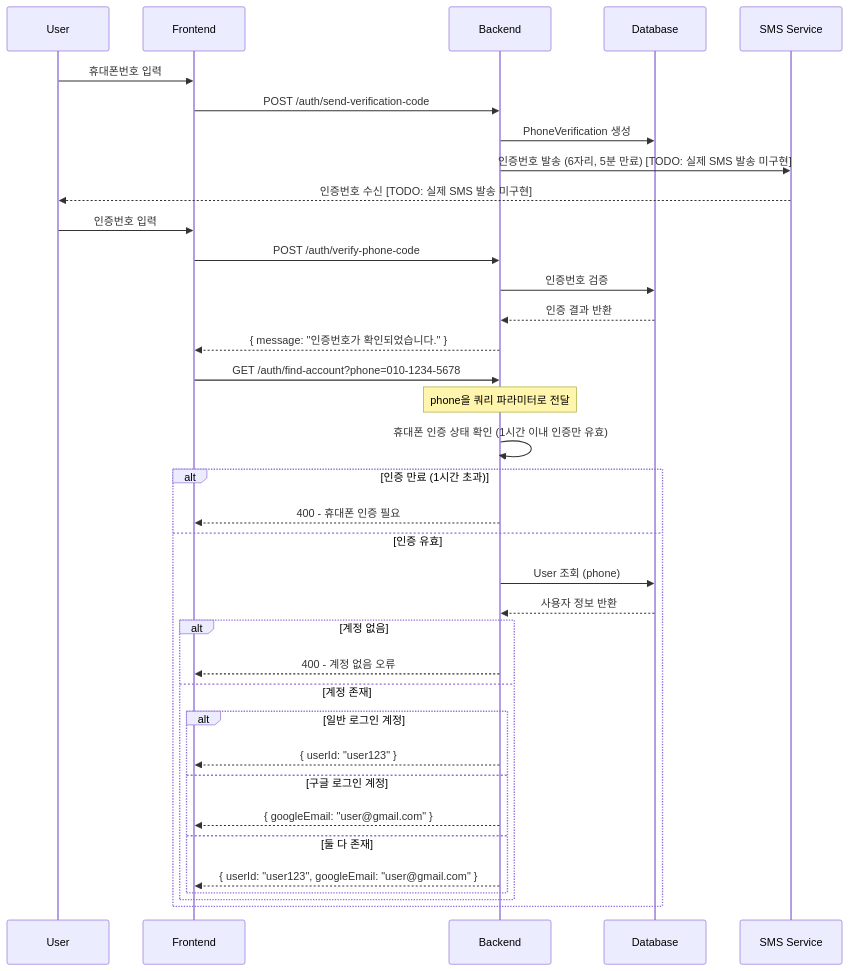
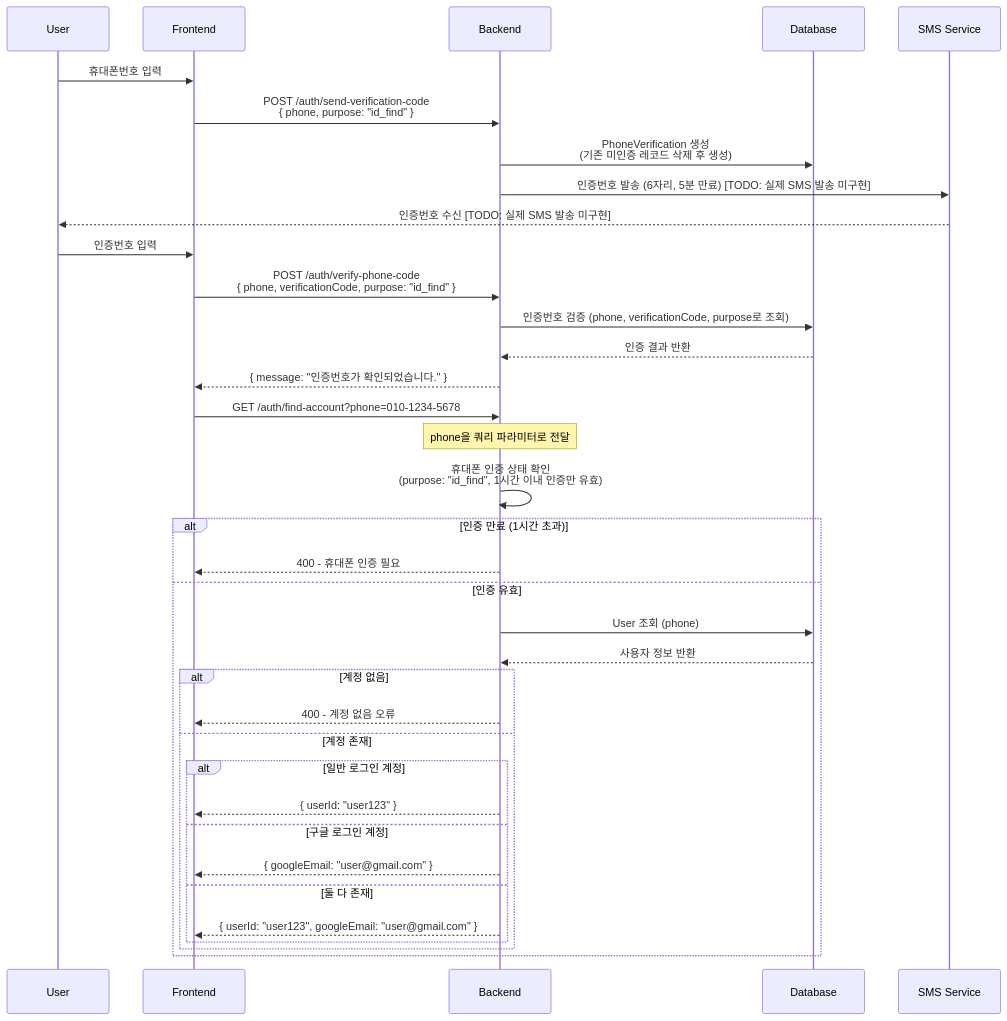
One commit to picake-team/picake-engineering-backend changed the fifth of 9 diagrams in docs/common/feature/통합 인증 - 가이드.md. Above: the diagram before and after it, drawn with Mermaid. The commit also changed other lines of this file and 13 other files, not shown here.

````diff
--- a/docs/common/feature/통합 인증 - 가이드.md
+++ b/docs/common/feature/통합 인증 - 가이드.md
@@ -196,41 +196,41 @@
 ```mermaid
 sequenceDiagram
     participant U as User
     participant F as Frontend
     participant B as Backend
     participant DB as Database
     participant SMS as SMS Service
 
     U->>F: 휴대폰번호 입력
-    F->>B: POST /auth/send-verification-code
-    B->>DB: PhoneVerification 생성
+    F->>B: POST /auth/send-verification-code<br/>{ phone, purpose: "id_find" }
+    B->>DB: PhoneVerification 생성<br/>(기존 미인증 레코드 삭제 후 생성)
     B->>SMS: 인증번호 발송 (6자리, 5분 만료) [TODO: 실제 SMS 발송 미구현]
     SMS-->>U: 인증번호 수신 [TODO: 실제 SMS 발송 미구현]
 
     U->>F: 인증번호 입력
-    F->>B: POST /auth/verify-phone-code
-    B->>DB: 인증번호 검증
+    F->>B: POST /auth/verify-phone-code<br/>{ phone, verificationCode, purpose: "id_find" }
+    B->>DB: 인증번호 검증 (phone, verificationCode, purpose로 조회)
     DB-->>B: 인증 결과 반환
     B-->>F: { message: "인증번호가 확인되었습니다." }
 
     F->>B: GET /auth/find-account?phone=010-1234-5678
     Note over B: phone을 쿼리 파라미터로 전달
-    B->>B: 휴대폰 인증 상태 확인 (1시간 이내 인증만 유효)
+    B->>B: 휴대폰 인증 상태 확인<br/>(purpose: "id_find", 1시간 이내 인증만 유효)
     alt 인증 만료 (1시간 초과)
         B-->>F: 400 - 휴대폰 인증 필요
     else 인증 유효
         B->>DB: User 조회 (phone)
         DB-->>B: 사용자 정보 반환
         alt 계정 없음
             B-->>F: 400 - 계정 없음 오류
         else 계정 존재
             alt 일반 로그인 계정
                 B-->>F: { userId: "user123" }
             else 구글 로그인 계정
                 B-->>F: { googleEmail: "user@gmail.com" }
             else 둘 다 존재
                 B-->>F: { userId: "user123", googleEmail: "user@gmail.com" }
             end
         end
     end
 ```
````
